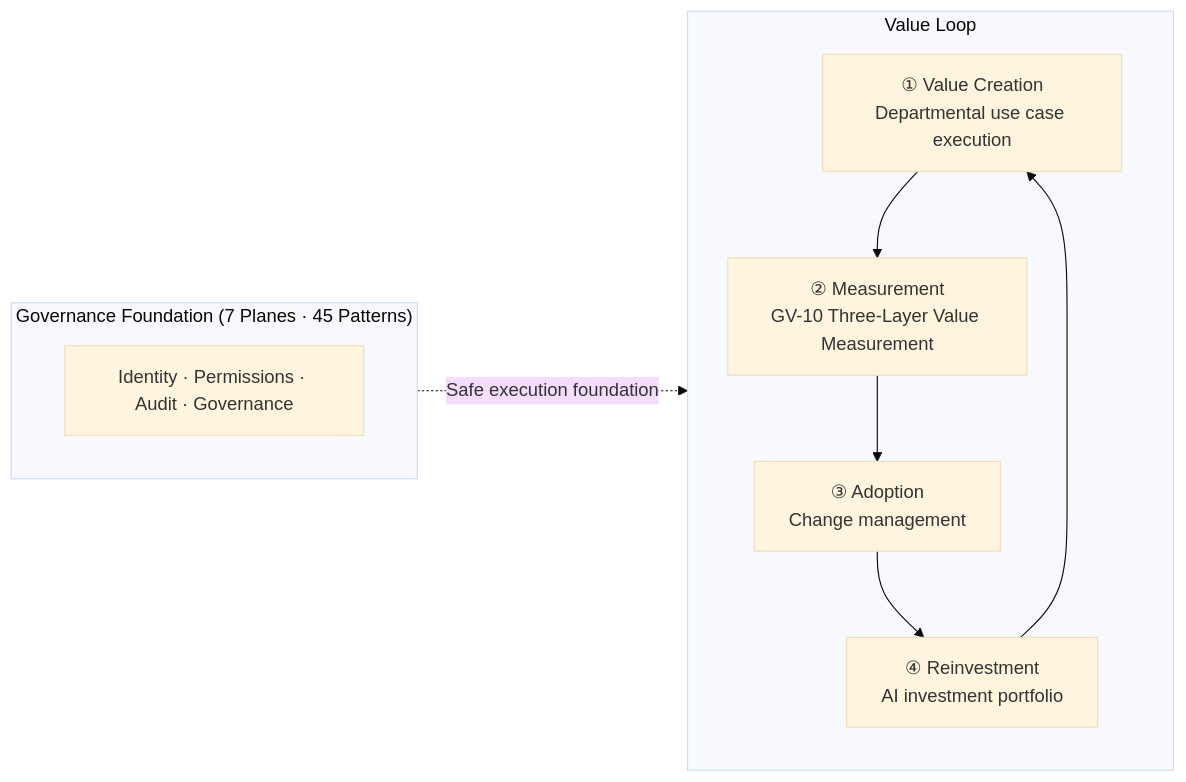
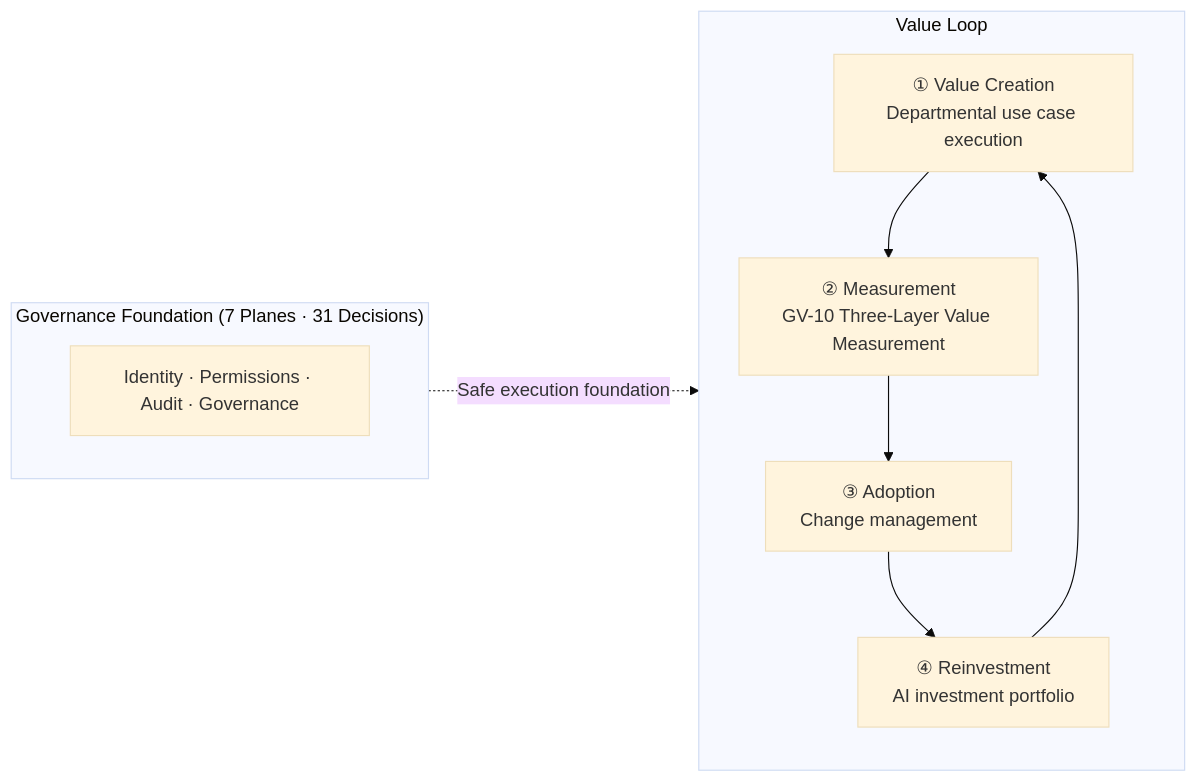
Before and after one commit to shibuiwilliam/enterprise-agent-reference-architectures: the diagram in docs/index.en.md, drawn with Mermaid (base theme). The commit also changed other lines of this file and 261 other files, not shown here.

````diff
--- a/docs/index.en.md
+++ b/docs/index.en.md
@@ -64,20 +64,20 @@
 ```mermaid
 flowchart LR
     subgraph ValueLoop["Value Loop"]
         CREATE["① Value Creation<br/>Departmental use case execution"]
         MEASURE["② Measurement<br/>GV-10 Three-Layer Value Measurement"]
         ADOPT["③ Adoption<br/>Change management"]
         REINVEST["④ Reinvestment<br/>AI investment portfolio"]
     end
 
     CREATE --> MEASURE
     MEASURE --> ADOPT
     ADOPT --> REINVEST
     REINVEST --> CREATE
 
-    subgraph Foundation["Governance Foundation (7 Planes · 45 Patterns)"]
+    subgraph Foundation["Governance Foundation (7 Planes · 31 Decisions)"]
         CTRL["Identity · Permissions · Audit · Governance"]
     end
 
     Foundation -.->|Safe execution foundation| ValueLoop
 ```
````
